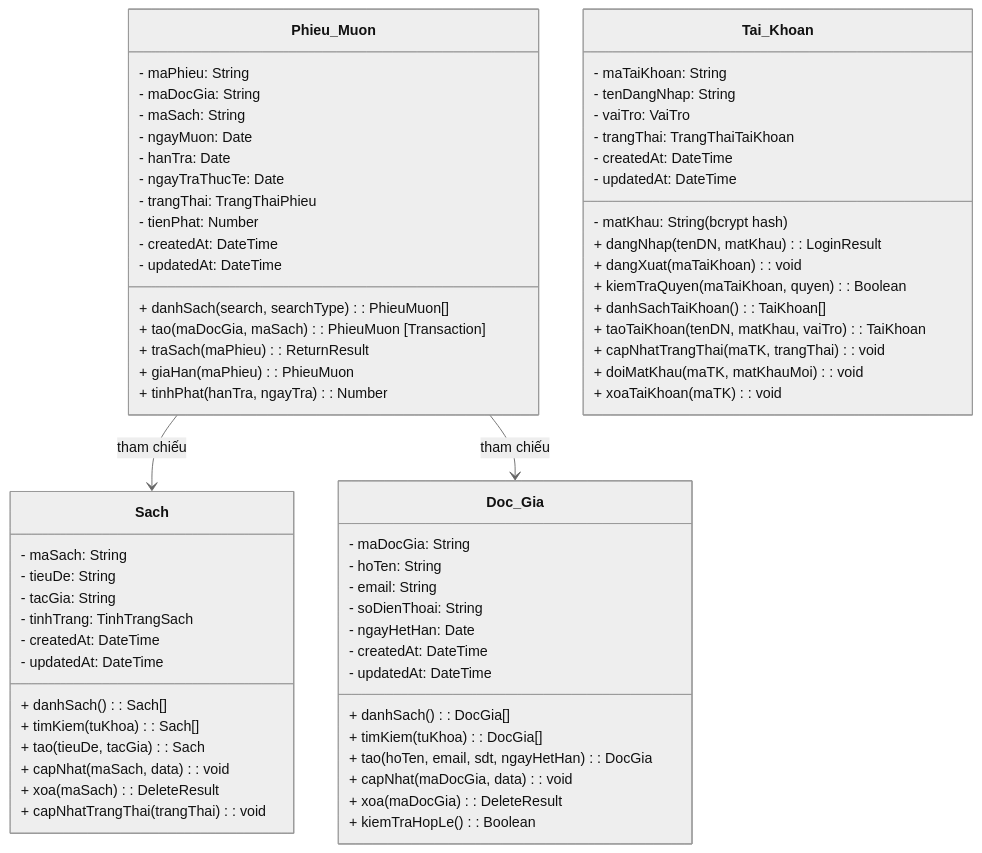
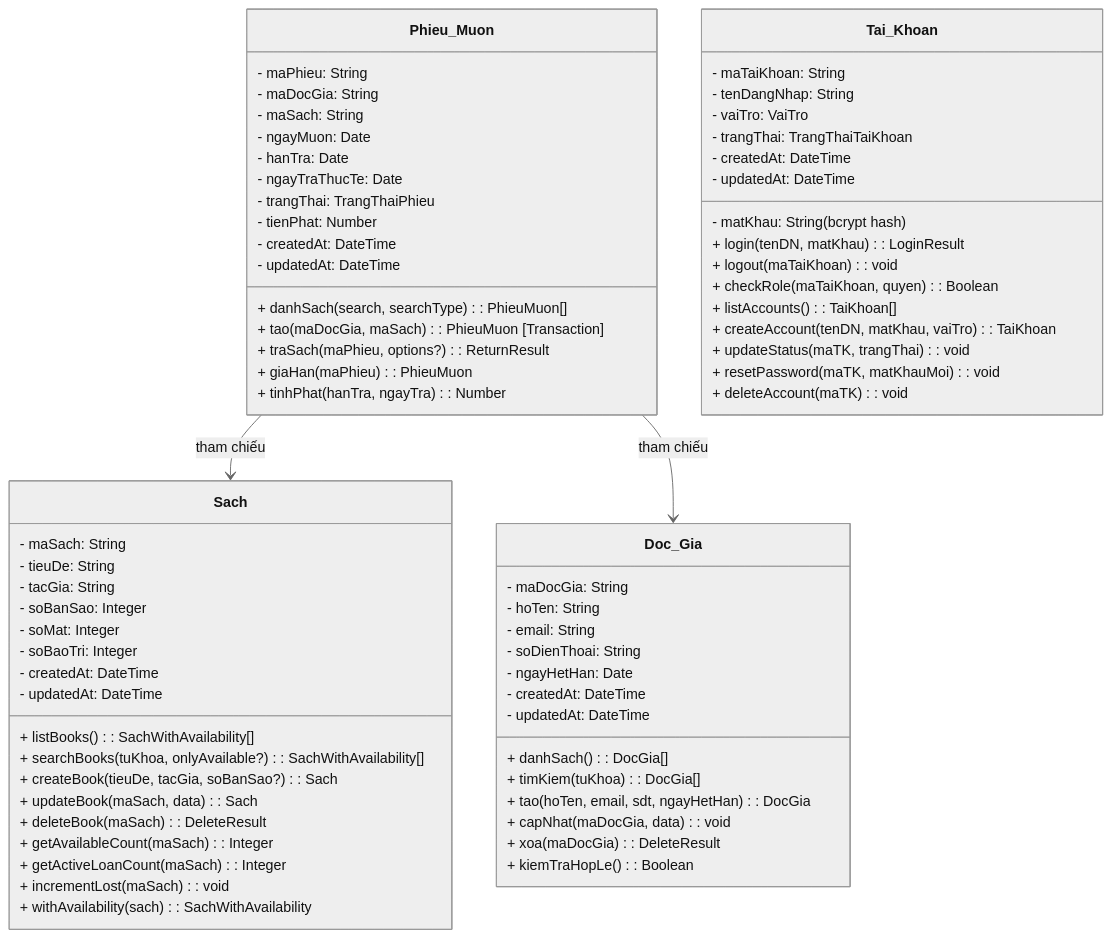
Before and after one commit to NPhamDoan/FULL_QLThuVien: diagram 13 of 18 in .kiro/document/BaoCao_PhanTich_ThietKe.md, drawn with Mermaid (neutral theme). The commit also changed other lines of this file and 37 other files, not shown here.

````diff
--- a/.kiro/document/BaoCao_PhanTich_ThietKe.md
+++ b/.kiro/document/BaoCao_PhanTich_ThietKe.md
@@ -341,68 +350,73 @@
 ```mermaid
 classDiagram
     class Sach {
         - maSach: String
         - tieuDe: String
         - tacGia: String
-        - tinhTrang: TinhTrangSach
+        - soBanSao: Integer
+        - soMat: Integer
+        - soBaoTri: Integer
         - createdAt: DateTime
         - updatedAt: DateTime
-        + danhSach(): Sach[]
-        + timKiem(tuKhoa): Sach[]
-        + tao(tieuDe, tacGia): Sach
-        + capNhat(maSach, data): void
-        + xoa(maSach): DeleteResult
-        + capNhatTrangThai(trangThai): void
+        + listBooks(): SachWithAvailability[]
+        + searchBooks(tuKhoa, onlyAvailable?): SachWithAvailability[]
+        + createBook(tieuDe, tacGia, soBanSao?): Sach
+        + updateBook(maSach, data): Sach
+        + deleteBook(maSach): DeleteResult
+        + getAvailableCount(maSach): Integer
+        + getActiveLoanCount(maSach): Integer
+        + incrementLost(maSach): void
+        + withAvailability(sach): SachWithAvailability
     }
     class Doc_Gia {
         - maDocGia: String
         - hoTen: String
         - email: String
         - soDienThoai: String
         - ngayHetHan: Date
         - createdAt: DateTime
         - updatedAt: DateTime
         + danhSach(): DocGia[]
         + timKiem(tuKhoa): DocGia[]
         + tao(hoTen, email, sdt, ngayHetHan): DocGia
         + capNhat(maDocGia, data): void
         + xoa(maDocGia): DeleteResult
         + kiemTraHopLe(): Boolean
     }
     class Phieu_Muon {
         - maPhieu: String
         - maDocGia: String
         - maSach: String
         - ngayMuon: Date
         - hanTra: Date
         - ngayTraThucTe: Date
         - trangThai: TrangThaiPhieu
         - tienPhat: Number
         - createdAt: DateTime
         - updatedAt: DateTime
         + danhSach(search, searchType): PhieuMuon[]
         + tao(maDocGia, maSach): PhieuMuon [Transaction]
-        + traSach(maPhieu): ReturnResult
+        + traSach(maPhieu, options?): ReturnResult
         + giaHan(maPhieu): PhieuMuon
         + tinhPhat(hanTra, ngayTra): Number
     }
     class Tai_Khoan {
         - maTaiKhoan: String
         - tenDangNhap: String
         - matKhau: String (bcrypt hash)
         - vaiTro: VaiTro
         - trangThai: TrangThaiTaiKhoan
         - createdAt: DateTime
         - updatedAt: DateTime
-        + dangNhap(tenDN, matKhau): LoginResult
-        + dangXuat(maTaiKhoan): void
-        + kiemTraQuyen(maTaiKhoan, quyen): Boolean
-        + danhSachTaiKhoan(): TaiKhoan[]
-        + taoTaiKhoan(tenDN, matKhau, vaiTro): TaiKhoan
-        + capNhatTrangThai(maTK, trangThai): void
-        + doiMatKhau(maTK, matKhauMoi): void
-        + xoaTaiKhoan(maTK): void
+        + login(tenDN, matKhau): LoginResult
+        + logout(maTaiKhoan): void
+        + checkRole(maTaiKhoan, quyen): Boolean
+        + listAccounts(): TaiKhoan[]
+        + createAccount(tenDN, matKhau, vaiTro): TaiKhoan
+        + updateStatus(maTK, trangThai): void
+        + resetPassword(maTK, matKhauMoi): void
+        + deleteAccount(maTK): void
     }
     Phieu_Muon --> Sach : tham chiếu
     Phieu_Muon --> Doc_Gia : tham chiếu
 ```
````
